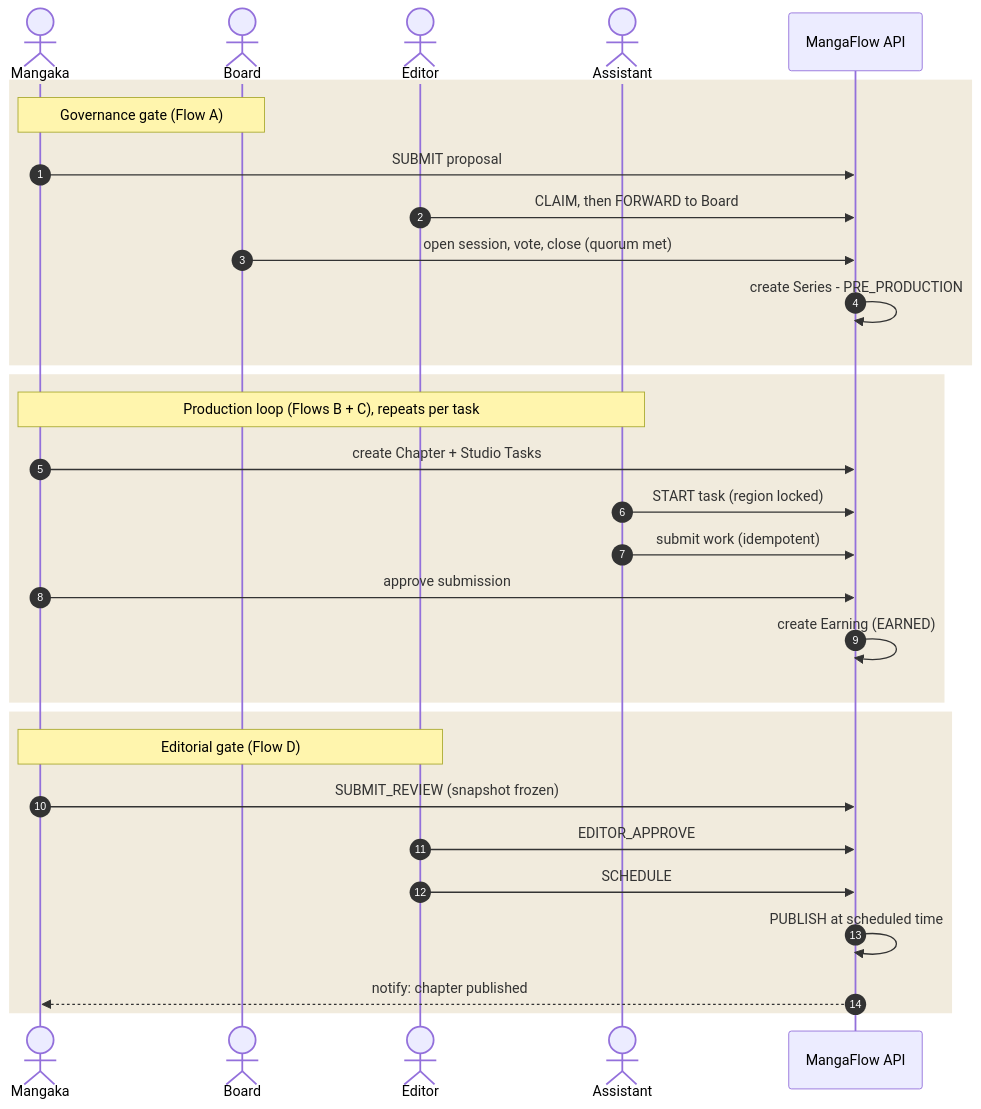
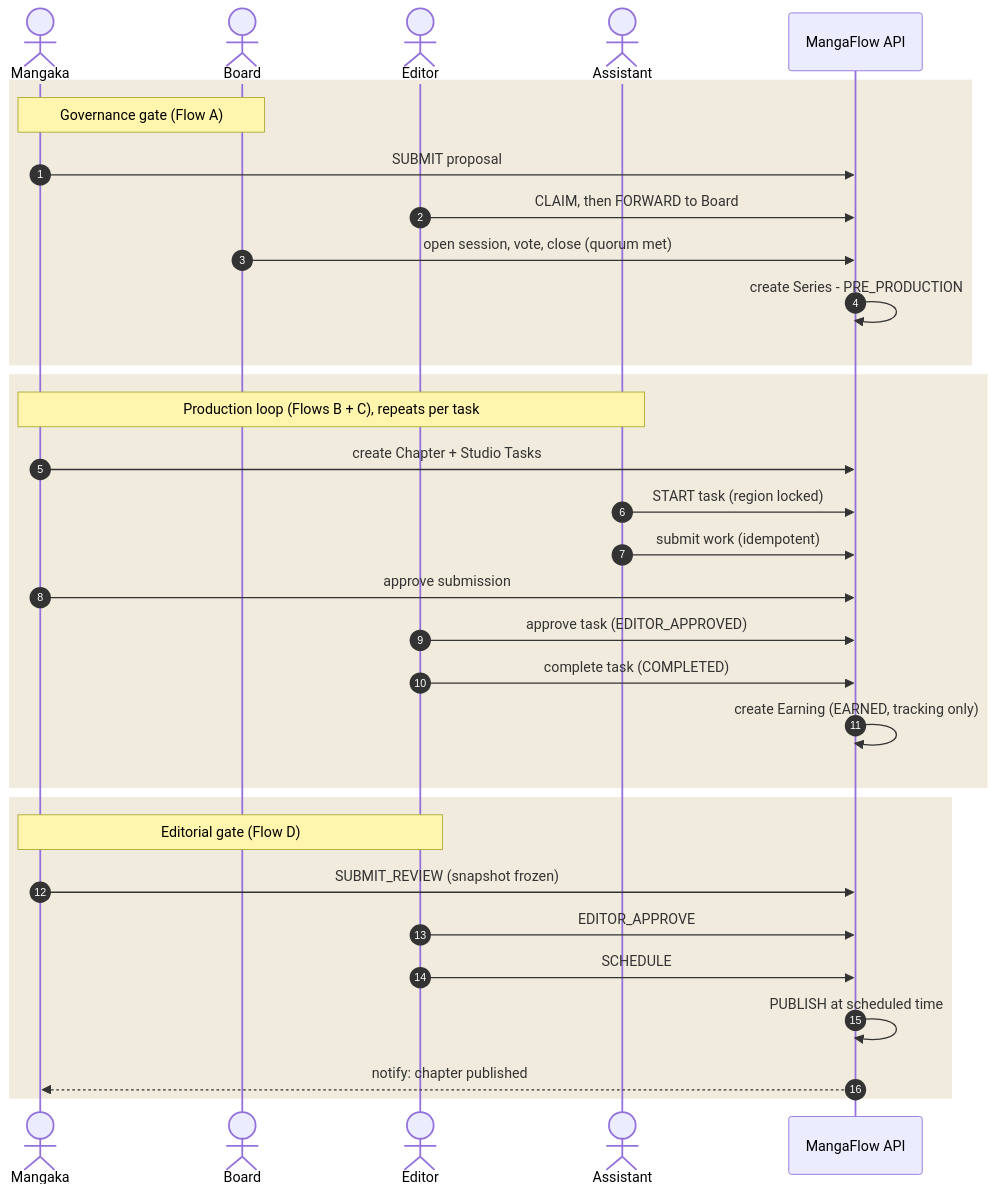
Before and after one commit to ntu254/MangaFlow: the seventh of 8 diagrams in BUSINESS_FLOW.md, drawn with Mermaid. The commit also changed other lines of this file and 5 other files, not shown here.

Commit message:
docs: sync business flows and master doc to earn-at-COMPLETE model

````diff
--- a/BUSINESS_FLOW.md
+++ b/BUSINESS_FLOW.md
@@ -369,35 +374,37 @@
 ```mermaid
 sequenceDiagram
   autonumber
   actor Mangaka
   actor Board
   actor Editor
   actor Assistant
   participant API as MangaFlow API
 
   rect rgb(241,235,221)
   note over Mangaka,Board: Governance gate (Flow A)
   Mangaka->>API: SUBMIT proposal
   Editor->>API: CLAIM, then FORWARD to Board
   Board->>API: open session, vote, close (quorum met)
   API->>API: create Series - PRE_PRODUCTION
   end
 
   rect rgb(241,235,221)
   note over Mangaka,Assistant: Production loop (Flows B + C), repeats per task
   Mangaka->>API: create Chapter + Studio Tasks
   Assistant->>API: START task (region locked)
   Assistant->>API: submit work (idempotent)
   Mangaka->>API: approve submission
-  API->>API: create Earning (EARNED)
+  Editor->>API: approve task (EDITOR_APPROVED)
+  Editor->>API: complete task (COMPLETED)
+  API->>API: create Earning (EARNED, tracking only)
   end
 
   rect rgb(241,235,221)
   note over Mangaka,Editor: Editorial gate (Flow D)
   Mangaka->>API: SUBMIT_REVIEW (snapshot frozen)
   Editor->>API: EDITOR_APPROVE
   Editor->>API: SCHEDULE
   API->>API: PUBLISH at scheduled time
   API-->>Mangaka: notify: chapter published
   end
 ```
````
